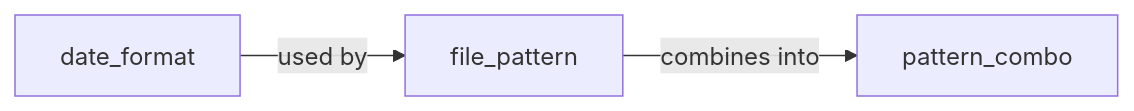
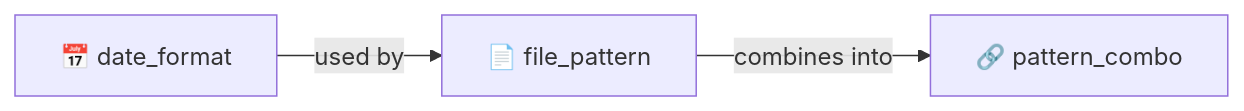
Before and after one commit to ThanuMahee12/AgentContext: diagram 12 of 22 in docs/brainstorms/investigation-db.md, drawn with Mermaid. The commit also changed other lines of this file, not shown here.

Commit message:
docs: use Unicode emojis for mermaid diagram support

````diff
--- a/docs/brainstorms/investigation-db.md
+++ b/docs/brainstorms/investigation-db.md
@@ -330,5 +330,5 @@
 ```mermaid
 flowchart LR
-    DF["date_format"] -->|used by| FP["file_pattern"]
-    FP -->|combines into| PC["pattern_combo"]
+    DF["📅 date_format"] -->|used by| FP["📄 file_pattern"]
+    FP -->|combines into| PC["🔗 pattern_combo"]
 ```
````
